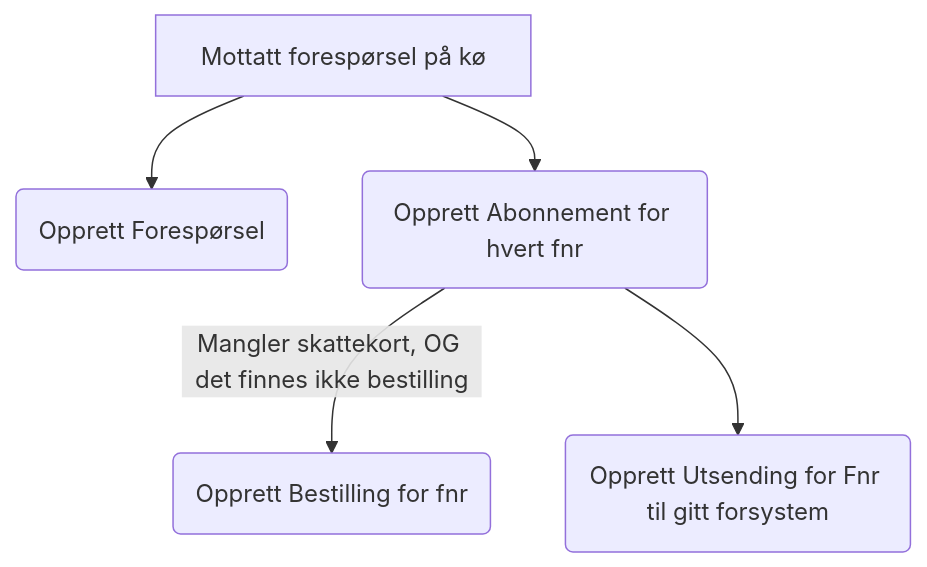
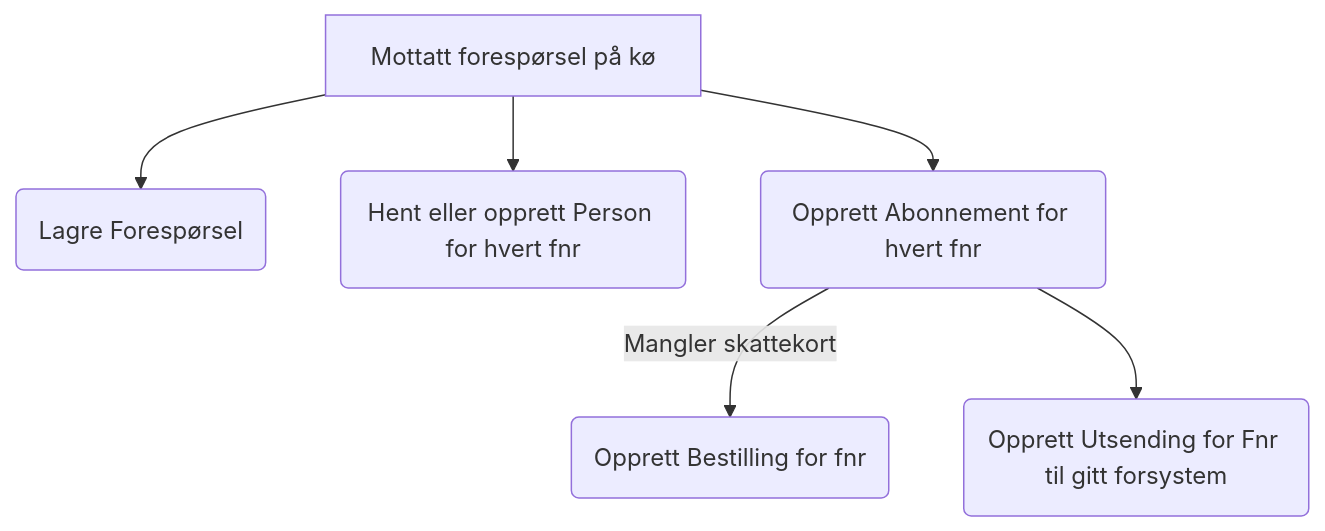
The fifth of 12 diagrams in README.md (navikt/sokos-skattekort), drawn with Mermaid before and after one commit. The commit also changed other lines of this file and 1 other file, not shown here.

````diff
--- a/README.md
+++ b/README.md
@@ -223,7 +221,8 @@
 ```mermaid
 flowchart TD
-    A[Mottatt forespørsel på kø] --> F(Opprett Forespørsel)
+    A[Mottatt forespørsel på kø] --> F(Lagre Forespørsel)
+    A --> P(Hent eller opprett Person for hvert fnr)
     A --> SF(Opprett Abonnement for hvert fnr)
-    SF -->|Mangler skattekort, OG det finnes ikke bestilling| B(Opprett Bestilling for fnr)
+    SF -->|Mangler skattekort| B(Opprett Bestilling for fnr)
     SF --> U(Opprett Utsending for Fnr til gitt forsystem)
 ```
````
